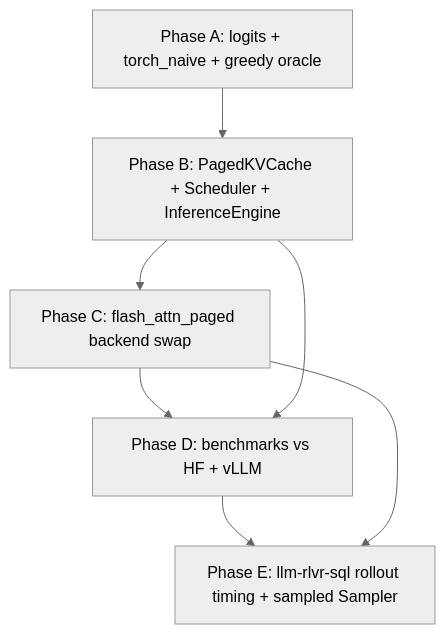
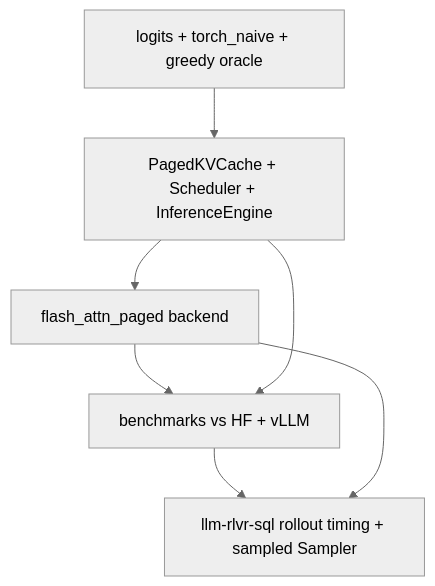
Before and after one commit to adamthuvesen/llm-infer: the fourth of 4 diagrams in docs/architecture.md, drawn with Mermaid (neutral theme). The commit also changed other lines of this file and 47 other files, not shown here.

````diff
--- a/docs/architecture.md
+++ b/docs/architecture.md
@@ -408,15 +408,15 @@
 ```mermaid
 flowchart TB
-    PhaseA["Phase A: logits + torch_naive + greedy oracle"]
-    PhaseB["Phase B: PagedKVCache + Scheduler + InferenceEngine"]
-    PhaseC["Phase C: flash_attn_paged backend swap"]
-    PhaseD["Phase D: benchmarks vs HF + vLLM"]
-    PhaseE["Phase E: llm-rlvr-sql rollout timing + sampled Sampler"]
+    Oracle["logits + torch_naive + greedy oracle"]
+    Engine["PagedKVCache + Scheduler + InferenceEngine"]
+    Flash["flash_attn_paged backend"]
+    Benchmark["benchmarks vs HF + vLLM"]
+    Rollout["llm-rlvr-sql rollout timing + sampled Sampler"]
 
-    PhaseA --> PhaseB
-    PhaseB --> PhaseC
-    PhaseC --> PhaseD
-    PhaseB --> PhaseD
-    PhaseD --> PhaseE
-    PhaseC --> PhaseE
+    Oracle --> Engine
+    Engine --> Flash
+    Flash --> Benchmark
+    Engine --> Benchmark
+    Benchmark --> Rollout
+    Flash --> Rollout
 ```
````
